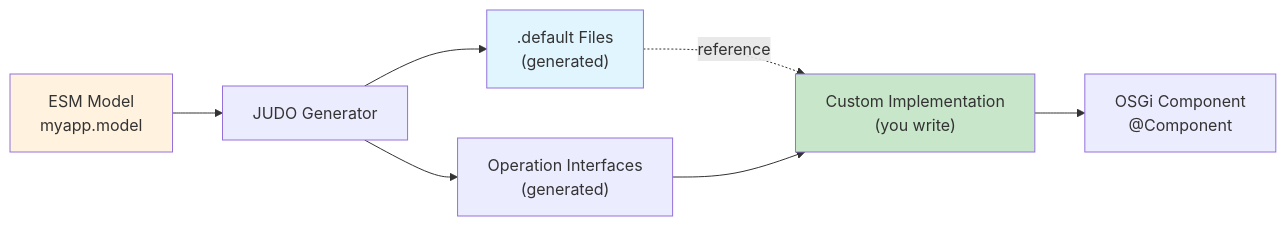
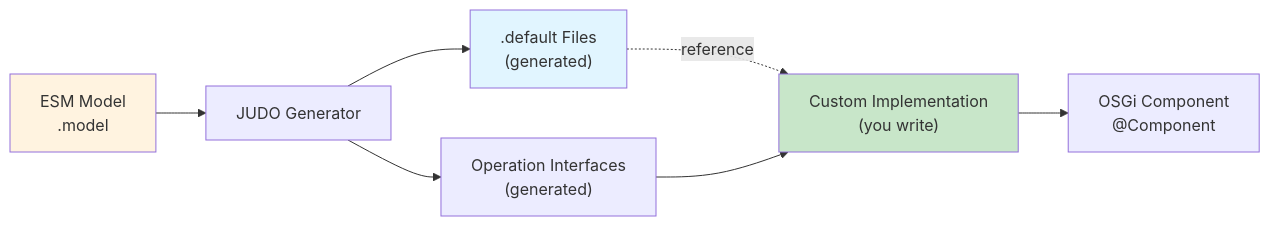
One commit to BlackBeltTechnology/judo-blueprint changed the diagram in catalog/agent-docs/backend/custom-operations.md. Above: the diagram before and after it, drawn with Mermaid. The commit also changed other lines of this file and 28 other files, not shown here.

Commit message:
fix(agent-docs): render model name as <app>; add hand-edit rule

````diff
--- a/catalog/agent-docs/backend/custom-operations.md
+++ b/catalog/agent-docs/backend/custom-operations.md
@@ -93,15 +93,15 @@
 ```mermaid
 graph LR
-    Model["ESM Model<br/>myapp.model"] --> Generator[JUDO Generator]
+    Model["ESM Model<br/><app>.model"] --> Generator[JUDO Generator]
     Generator --> Default[".default Files<br/>(generated)"]
     Generator --> Interface["Operation Interfaces<br/>(generated)"]
 
     Default -.->|reference| Custom["Custom Implementation<br/>(you write)"]
     Interface --> Custom
 
     Custom --> OSGi[OSGi Component<br/>@Component]
 
     style Default fill:#e1f5ff
     style Custom fill:#c8e6c9
     style Model fill:#fff3e0
 ```
````
